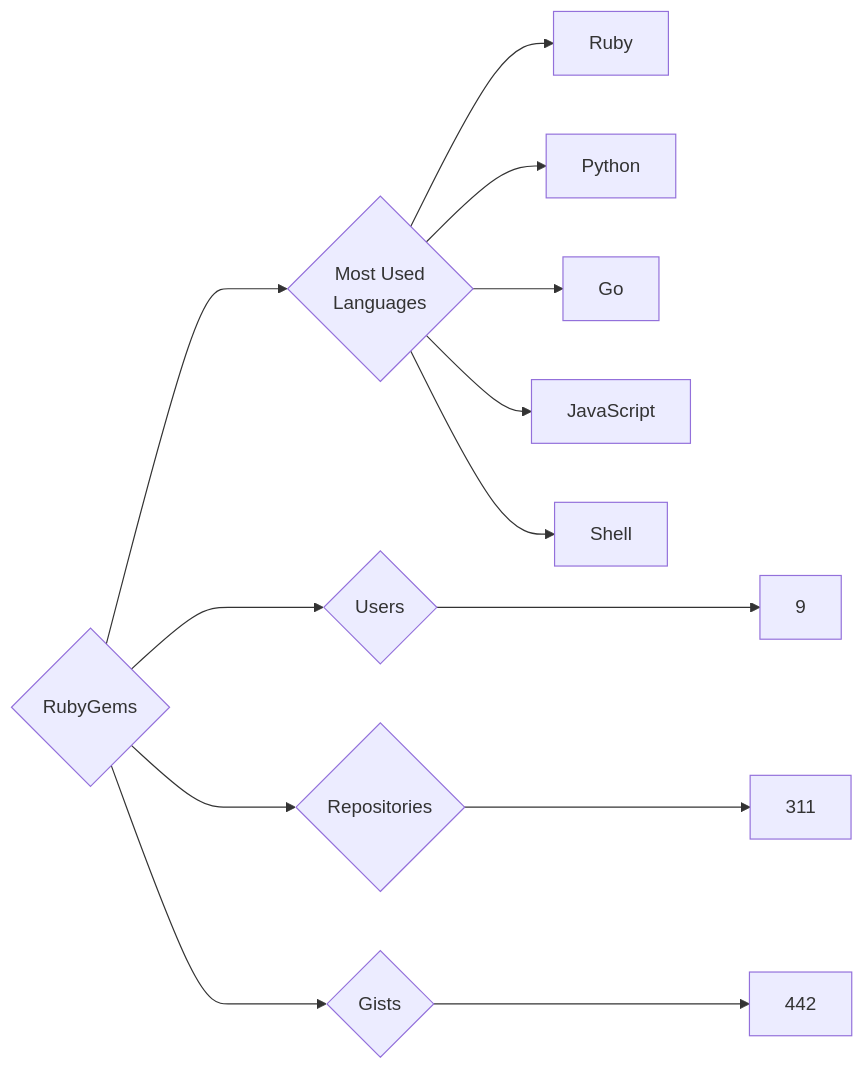
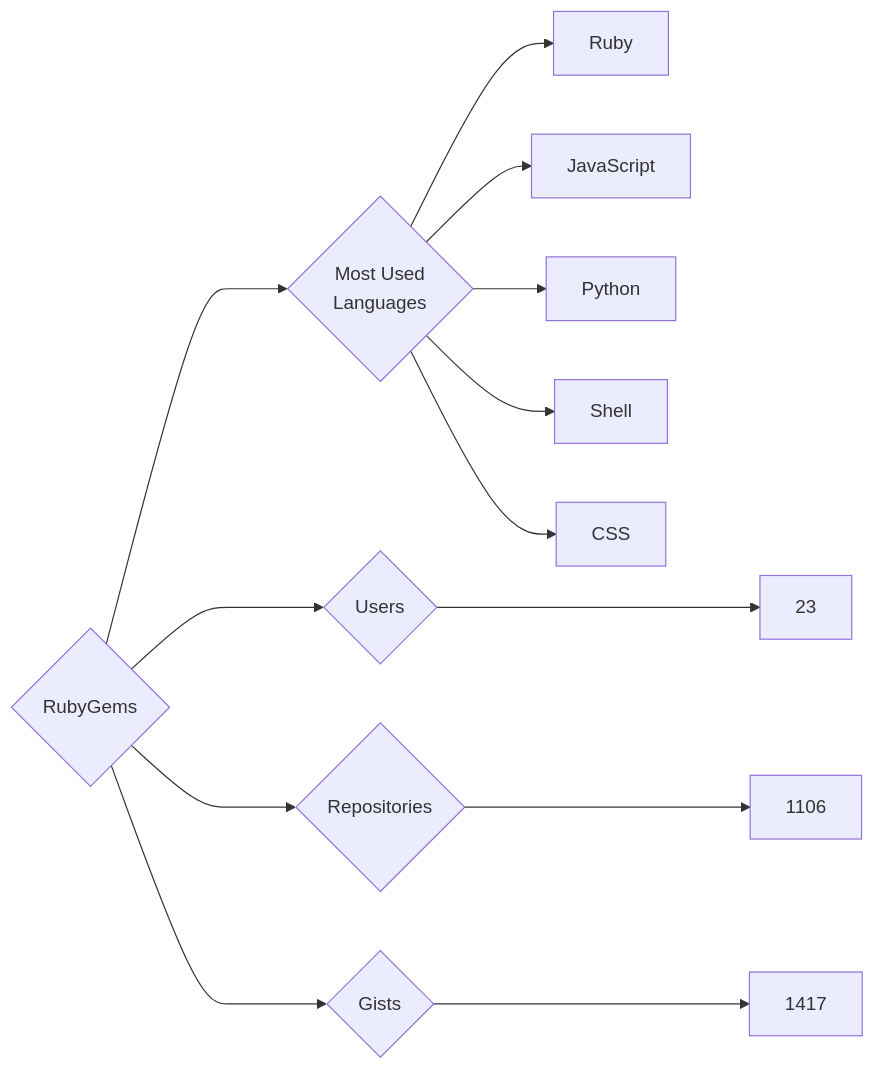
Before and after one commit to trickest/insiders: the diagram in targets/RubyGems/README.md, drawn with Mermaid. The commit also changed 877 other files, not shown here.

````diff
--- a/targets/RubyGems/README.md
+++ b/targets/RubyGems/README.md
@@ -3,13 +3,13 @@
 ```mermaid
 graph LR
 COMPANY_NAME{RubyGems}
-COMPANY_NAME ---> U{Users} ---> UN[9]
-COMPANY_NAME ---> R{Repositories} ---> RN[311]
-COMPANY_NAME ---> G{Gists} ---> GN[442]
+COMPANY_NAME ---> U{Users} ---> UN[23]
+COMPANY_NAME ---> R{Repositories} ---> RN[1106]
+COMPANY_NAME ---> G{Gists} ---> GN[1417]
 COMPANY_NAME ---> ML{Most Used<br>Languages}
 ML --> Ruby[Ruby]
+ML --> JavaScript[JavaScript]
 ML --> Python[Python]
-ML --> Go[Go]
-ML --> JavaScript[JavaScript]
 ML --> Shell[Shell]
+ML --> CSS[CSS]
 ```
````
